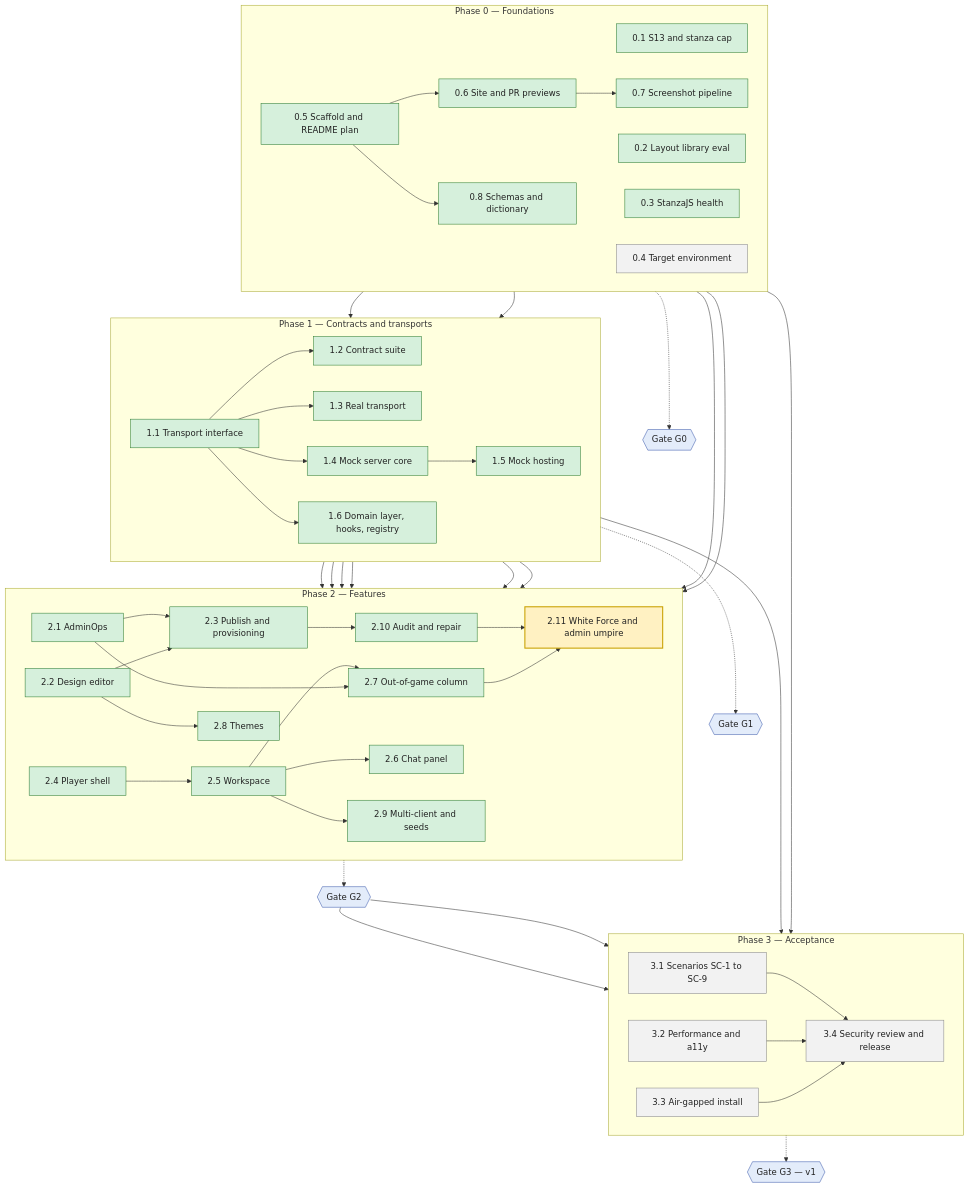
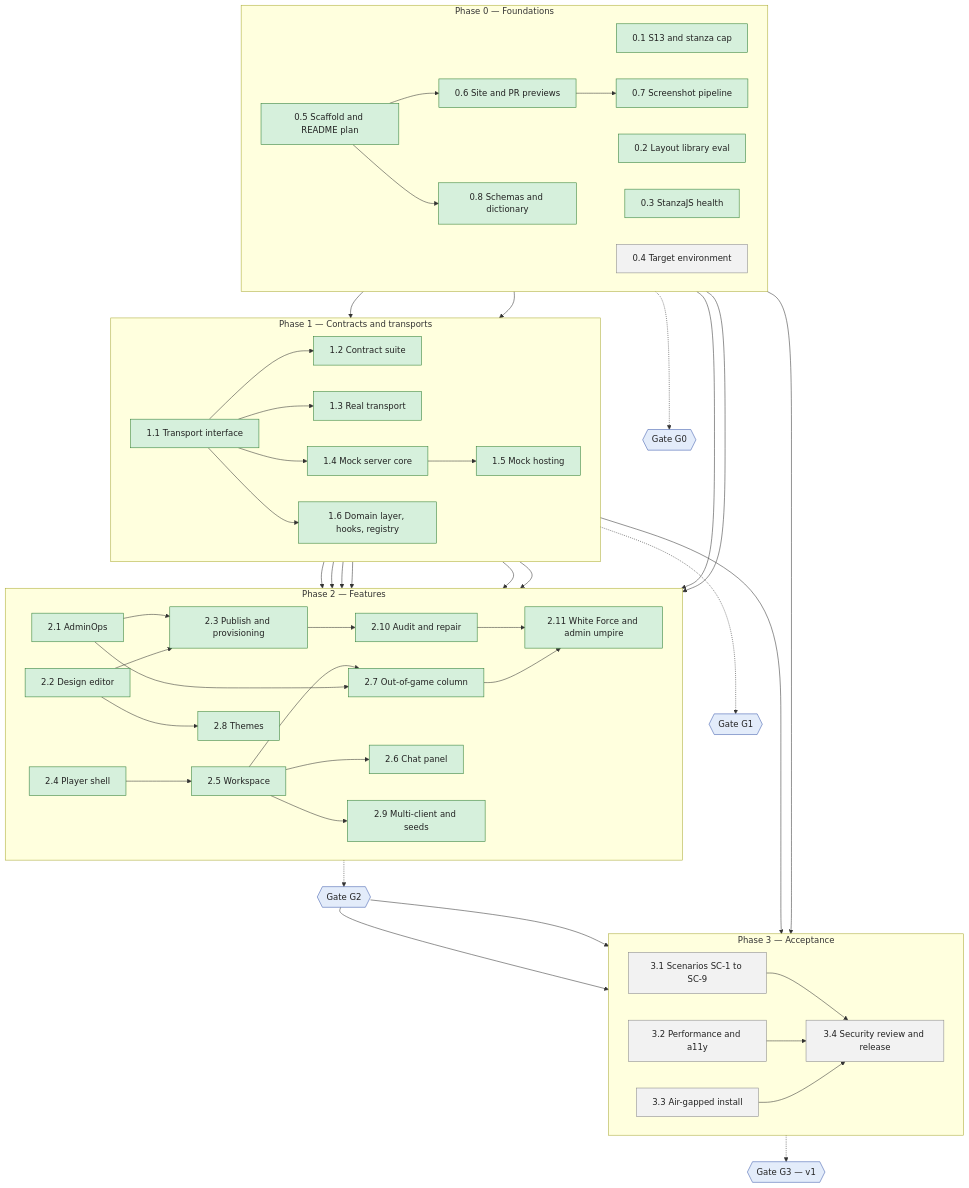
The diagram in README.md (serge-web/war-rooms-x2), drawn with Mermaid before and after one commit. The commit also changed 8 other files, not shown here.

````diff
--- a/README.md
+++ b/README.md
@@ -9,79 +9,78 @@
 ```mermaid
 flowchart TB
     subgraph P0["Phase 0 — Foundations"]
         direction LR
         wp01["0.1 S13 and stanza cap"]
         wp02["0.2 Layout library eval"]
         wp03["0.3 StanzaJS health"]
         wp04["0.4 Target environment"]
         wp05["0.5 Scaffold and README plan"]
         wp06["0.6 Site and PR previews"]
         wp07["0.7 Screenshot pipeline"]
         wp08["0.8 Schemas and dictionary"]
     end
     subgraph P1["Phase 1 — Contracts and transports"]
         direction LR
         wp11["1.1 Transport interface"]
         wp12["1.2 Contract suite"]
         wp13["1.3 Real transport"]
         wp14["1.4 Mock server core"]
         wp15["1.5 Mock hosting"]
         wp16["1.6 Domain layer, hooks, registry"]
     end
     subgraph P2["Phase 2 — Features"]
         direction LR
         wp21["2.1 AdminOps"]
         wp22["2.2 Design editor"]
         wp23["2.3 Publish and provisioning"]
         wp210["2.10 Audit and repair"]
         wp211["2.11 White Force and admin umpire"]
         wp24["2.4 Player shell"]
         wp25["2.5 Workspace"]
         wp26["2.6 Chat panel"]
         wp27["2.7 Out-of-game column"]
         wp28["2.8 Themes"]
         wp29["2.9 Multi-client and seeds"]
     end
     subgraph P3["Phase 3 — Acceptance"]
         direction LR
         wp31["3.1 Scenarios SC-1 to SC-9"]
         wp32["3.2 Performance and a11y"]
         wp33["3.3 Air-gapped install"]
         wp34["3.4 Security review and release"]
     end
     G0{{"Gate G0"}}
     G1{{"Gate G1"}}
     G2{{"Gate G2"}}
     G3{{"Gate G3 — v1"}}
 
     wp05 --> wp06 --> wp07
     wp05 --> wp08
     wp03 & wp08 --> wp11
     wp11 --> wp12 & wp13 & wp14 & wp16
     wp14 --> wp15
     wp13 & wp16 & wp01 --> wp21
     wp16 --> wp22
     wp21 & wp22 --> wp23 --> wp210
     wp210 & wp27 --> wp211
     wp16 --> wp24
     wp02 & wp24 --> wp25 --> wp26
     wp25 & wp21 --> wp27
     wp16 & wp22 --> wp28
     wp15 & wp25 --> wp29
     wp04 & wp13 --> wp33
     wp31 & wp32 & wp33 --> wp34
     P0 -.-> G0
     P1 -.-> G1
     P2 -.-> G2
     G2 --> wp31 & wp32
     P3 -.-> G3
 
     classDef todo fill:#f2f2f2,stroke:#888,color:#222
     classDef active fill:#fff1c2,stroke:#c9a000,color:#222,stroke-width:2px
     classDef done fill:#d6f0dc,stroke:#2e7d32,color:#222
     classDef gate fill:#e3ecfa,stroke:#3b5bab,color:#222
-    class wp211 active
     class wp04,wp31,wp32,wp33,wp34 todo
-    class wp01,wp02,wp03,wp05,wp06,wp07,wp08,wp11,wp12,wp13,wp14,wp15,wp16,wp21,wp22,wp23,wp24,wp25,wp26,wp27,wp28,wp29,wp210 done
+    class wp01,wp02,wp03,wp05,wp06,wp07,wp08,wp11,wp12,wp13,wp14,wp15,wp16,wp21,wp22,wp23,wp24,wp25,wp26,wp27,wp28,wp29,wp210,wp211 done
     class G0,G1,G2,G3 gate
 ```
````
